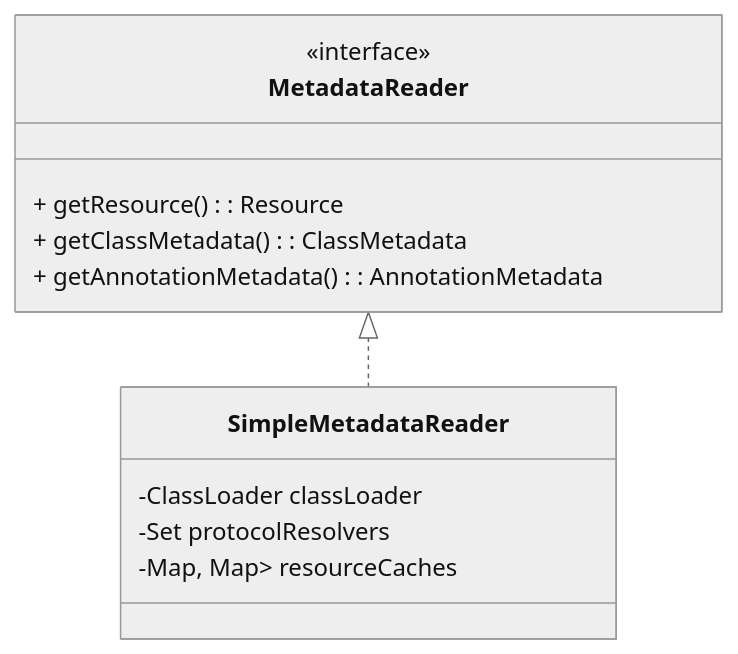
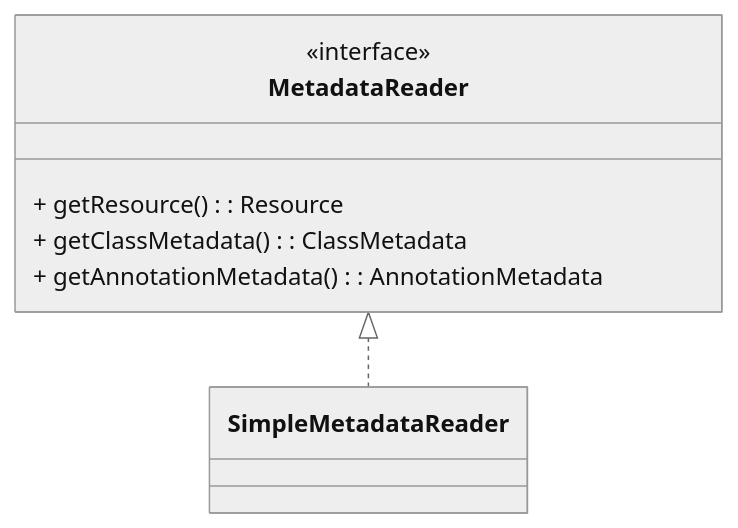
Before and after one commit to xuchengsheng/spring-reading: the diagram in spring-metadata/spring-metadata-metadataReader/README.md, drawn with Mermaid (neutral theme). The commit also changed 5 other files, not shown here.

```diff
--- a/spring-metadata/spring-metadata-metadataReader/README.md
+++ b/spring-metadata/spring-metadata-metadataReader/README.md
@@ -83,19 +83,16 @@
 ~~~mermaid
 classDiagram
     direction BT
     class MetadataReader {
     	<<interface>>
         + getResource() : Resource
         + getClassMetadata() : ClassMetadata
         + getAnnotationMetadata() : AnnotationMetadata
     }
 
     class SimpleMetadataReader {
-        -ClassLoader classLoader
-        -Set<ProtocolResolver> protocolResolvers
-        -Map<Class<?>, Map<Resource, ?>> resourceCaches
     }
 
     SimpleMetadataReader ..|> MetadataReader
 
 ~~~
```
